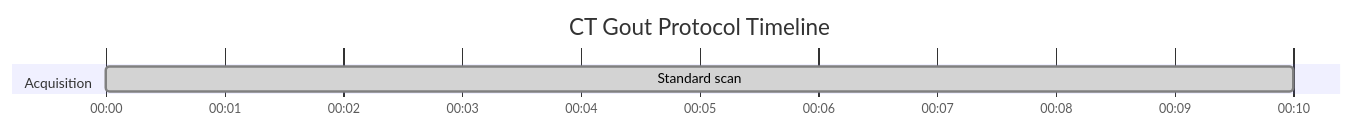
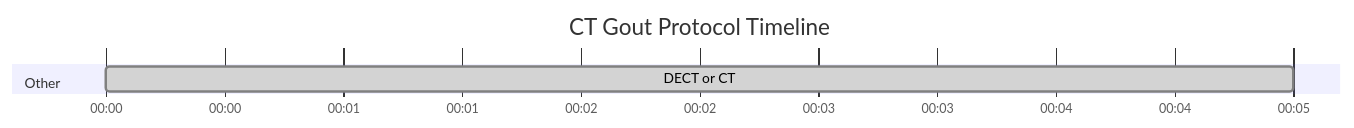
Before and after one commit to dfergs93/radiology-protocols: the diagram in docs/ct/msk/ct-gout-protocol.md, drawn with Mermaid. The commit also changed 101 other files, not shown here.

````diff
--- a/docs/ct/msk/ct-gout-protocol.md
+++ b/docs/ct/msk/ct-gout-protocol.md
@@ -71,13 +71,15 @@
   ```mermaid
   ---
+  displayMode: compact
   config:
     theme: default
+    themeCSS: " #Saline{ fill: #4ed5ff; stroke: #2094f3; } "
   ---
     gantt
       title CT Gout Protocol Timeline
       dateFormat mm:ss
       axisFormat %M:%S 
       
-      section Acquisition
-      Standard scan    :done, scan1, 00:00, 10s
+      section Other
+      DECT or CT    :done, scan1, 00:00, 5s
   ```
````
